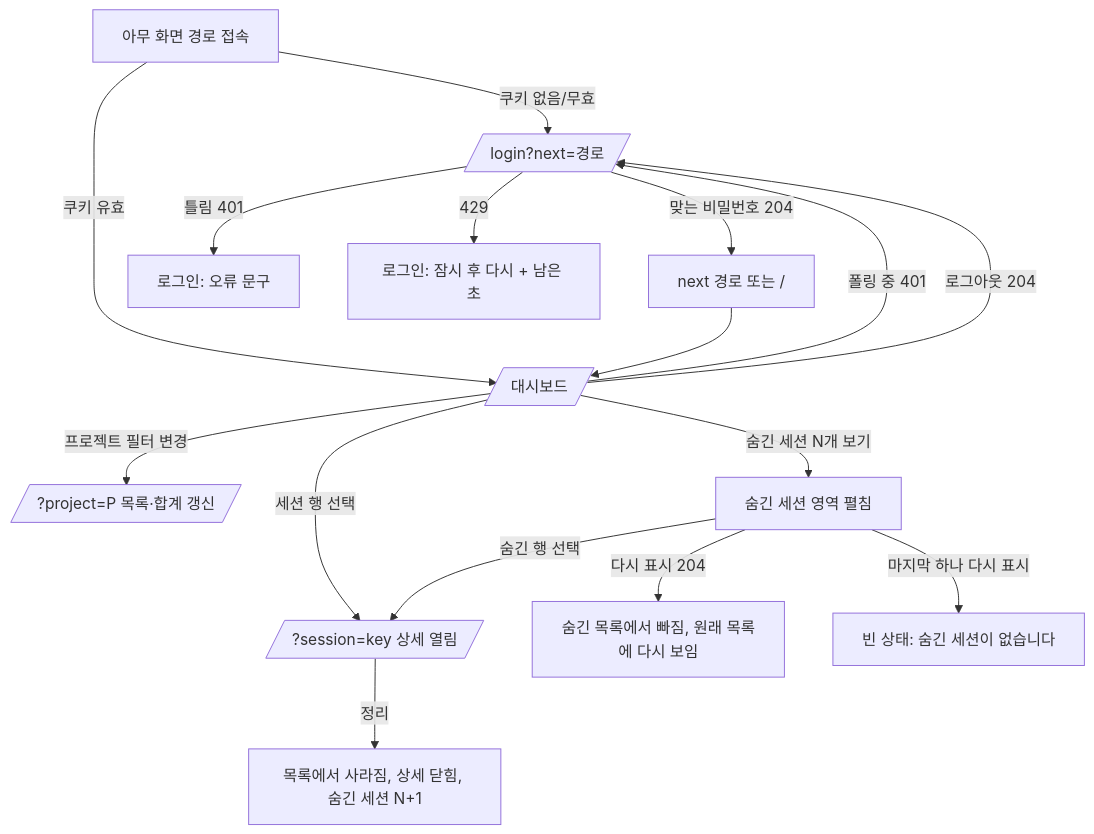
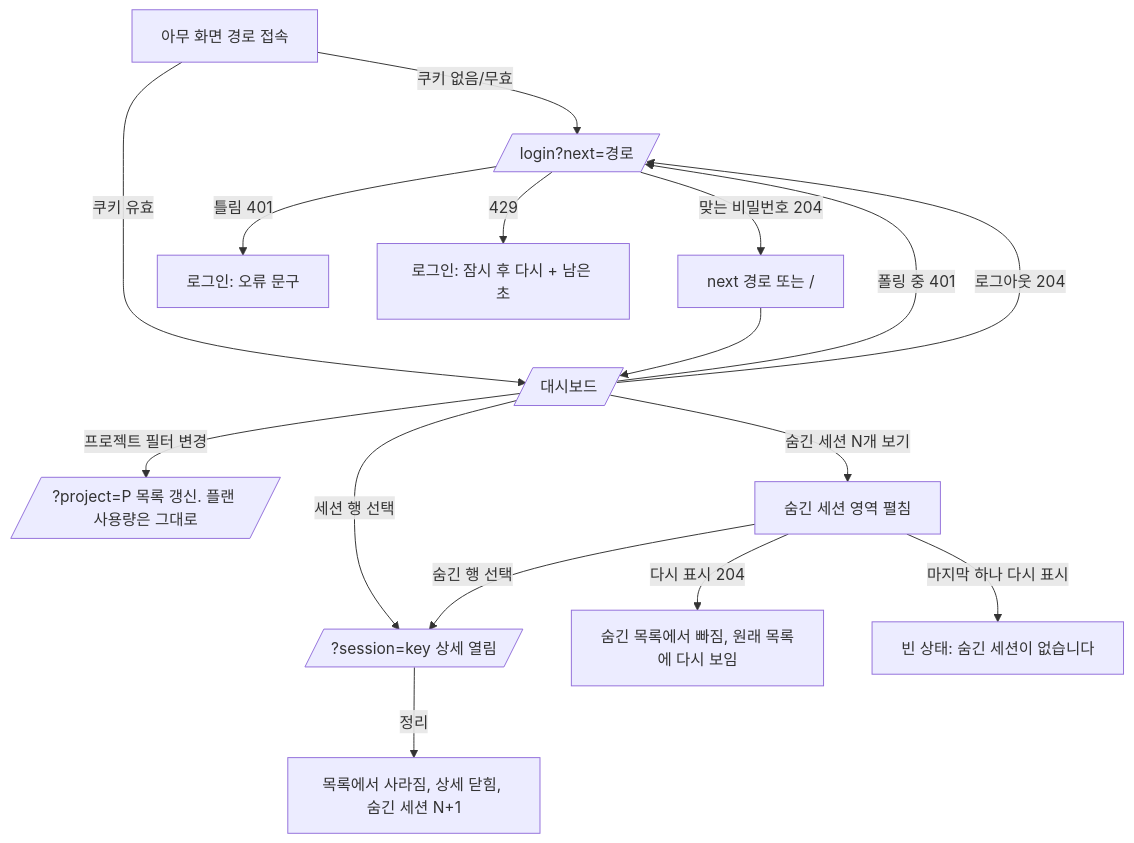
The diagram in docs/team/design-spec-stage1.md (winterairy/agent-observer), drawn with Mermaid before and after one commit. The commit also changed other lines of this file and 2 other files, not shown here.

````diff
--- a/docs/team/design-spec-stage1.md
+++ b/docs/team/design-spec-stage1.md
@@ -10,18 +11,18 @@
 ```mermaid
 flowchart TD
   A[아무 화면 경로 접속] -->|쿠키 없음/무효| L[/login?next=경로/]
   A -->|쿠키 유효| D[/ 대시보드/]
   L -->|맞는 비밀번호 204| N[next 경로 또는 /]
   N --> D
   L -->|틀림 401| L1[로그인: 오류 문구]
   L -->|429| L2[로그인: 잠시 후 다시 + 남은 초]
   D -->|세션 행 선택| DS[/?session=key 상세 열림/]
-  D -->|프로젝트 필터 변경| DF[/?project=P 목록·합계 갱신/]
+  D -->|프로젝트 필터 변경| DF[/?project=P 목록 갱신. 플랜 사용량은 그대로/]
   DS -->|정리| D2[목록에서 사라짐, 상세 닫힘, 숨긴 세션 N+1]
   D -->|숨긴 세션 N개 보기| HS[숨긴 세션 영역 펼침]
   HS -->|다시 표시 204| D3[숨긴 목록에서 빠짐, 원래 목록에 다시 보임]
   HS -->|숨긴 행 선택| DS
   HS -->|마지막 하나 다시 표시| HE[빈 상태: 숨긴 세션이 없습니다]
   D -->|폴링 중 401| L
   D -->|로그아웃 204| L
 ```
````
